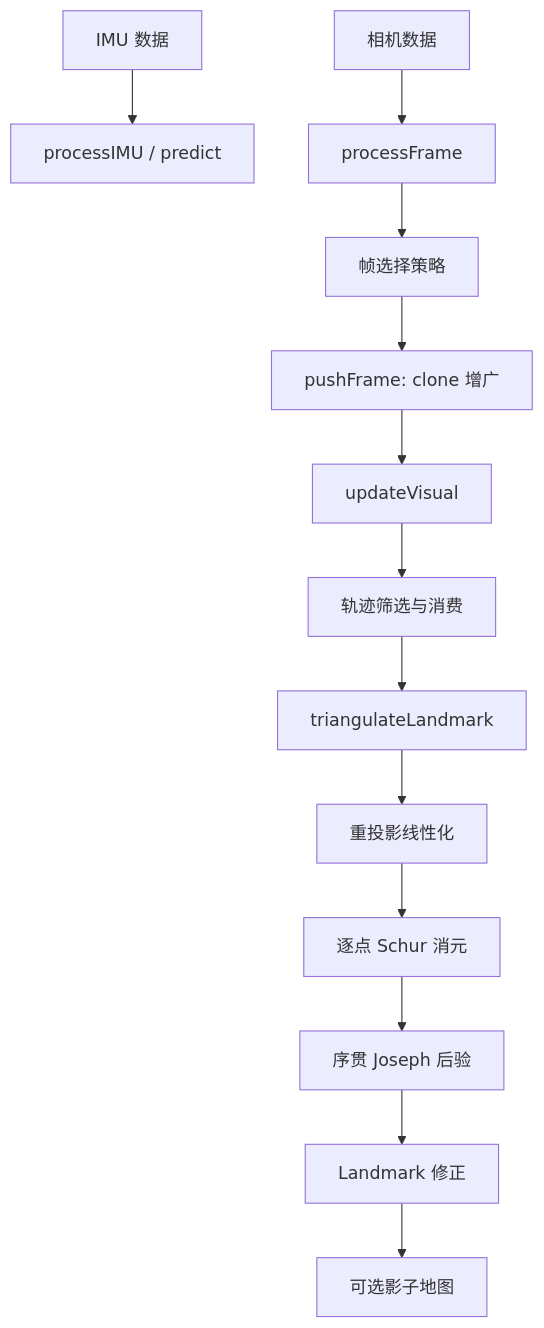
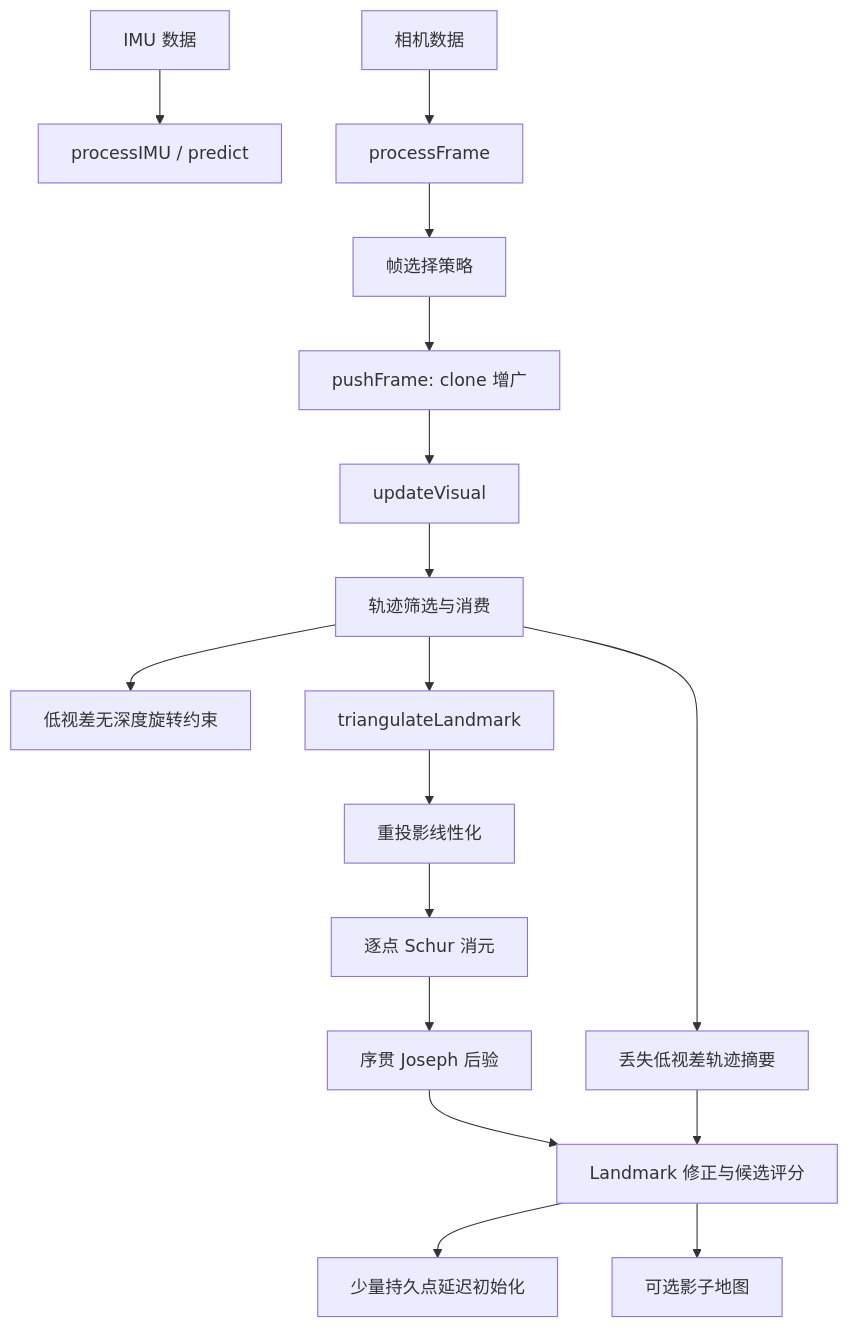
One commit to CainHu/SchurVIO changed the diagram in docs/SOURCE_LAYOUT.md. Above: the diagram before and after it, drawn with Mermaid. The commit also changed other lines of this file and 17 other files, not shown here.

````diff
--- a/docs/SOURCE_LAYOUT.md
+++ b/docs/SOURCE_LAYOUT.md
@@ -29,15 +33,19 @@
 ```mermaid
 flowchart TD
     IMU[IMU 数据] --> PRED[processIMU / predict]
     CAM[相机数据] --> FRAME[processFrame]
     FRAME --> POLICY[帧选择策略]
     POLICY --> CLONE[pushFrame: clone 增广]
     CLONE --> VIS[updateVisual]
     VIS --> TRACK[轨迹筛选与消费]
+    TRACK --> ROT[低视差无深度旋转约束]
     TRACK --> TRI[triangulateLandmark]
     TRI --> LIN[重投影线性化]
     LIN --> SCHUR[逐点 Schur 消元]
     SCHUR --> POST[序贯 Joseph 后验]
-    POST --> MAP[Landmark 修正]
+    POST --> MAP[Landmark 修正与候选评分]
+    MAP --> PERSIST[少量持久点延迟初始化]
+    TRACK --> ARCHIVE[丢失低视差轨迹摘要]
+    ARCHIVE --> MAP
     MAP --> SHADOW[可选影子地图]
 ```
````
